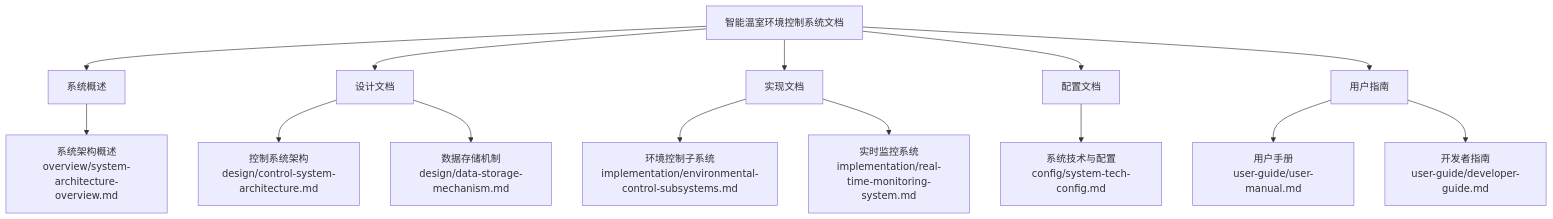
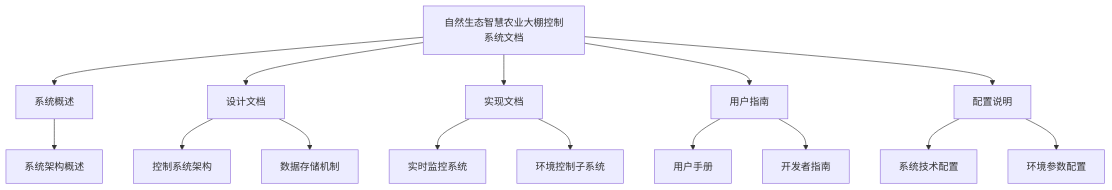
Before and after one commit to GrooveWJH/IntelliAgriculture: the diagram in docs/README.md, drawn with Mermaid. The commit also changed other lines of this file and 34 other files, not shown here.

Commit message:
extract all diagrams.

````diff
--- a/docs/README.md
+++ b/docs/README.md
@@ -7,21 +7,22 @@
 ```mermaid
 graph TD
-    A[智能温室环境控制系统文档] --> B[系统概述]
+    A[自然生态智慧农业大棚控制系统文档] --> B[系统概述]
     A --> C[设计文档]
     A --> D[实现文档]
-    A --> E[配置文档]
-    A --> F[用户指南]
+    A --> E[用户指南]
+    A --> F[配置说明]
     
-    B --> B1[系统架构概述<br>overview/system-architecture-overview.md]
+    B --> B1[系统架构概述]
     
-    C --> C1[控制系统架构<br>design/control-system-architecture.md]
-    C --> C2[数据存储机制<br>design/data-storage-mechanism.md]
+    C --> C1[控制系统架构]
+    C --> C2[数据存储机制]
     
-    D --> D1[环境控制子系统<br>implementation/environmental-control-subsystems.md]
-    D --> D2[实时监控系统<br>implementation/real-time-monitoring-system.md]
+    D --> D1[实时监控系统]
+    D --> D2[环境控制子系统]
     
-    E --> E1[系统技术与配置<br>config/system-tech-config.md]
+    E --> E1[用户手册]
+    E --> E2[开发者指南]
     
-    F --> F1[用户手册<br>user-guide/user-manual.md]
-    F --> F2[开发者指南<br>user-guide/developer-guide.md]
+    F --> F1[系统技术配置]
+    F --> F2[环境参数配置]
 ```
````
